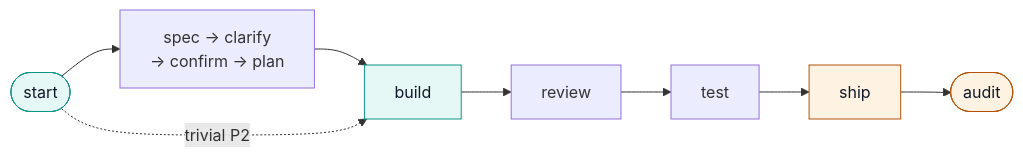
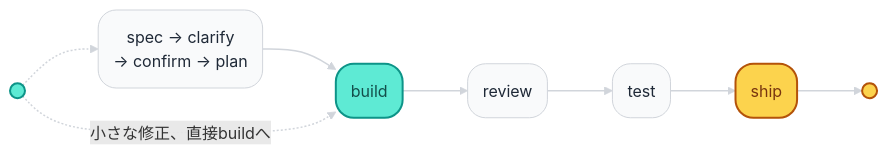
The diagram in README.ja.md (ninhlee99/dev-workflow), drawn with Mermaid before and after one commit. The commit also changed 2 other files, not shown here.

Commit message:
docs: soften README flow diagram styling, clarify trivial-branch label
Rounded pill nodes, curved links, wider spacing, and a teal/amber
palette instead of the flat default flowchart look. Renamed the
"trivial P2" branch label to "small fix, skip straight to build" (and
localized equivalents) so it reads without needing to know the P2
risk-tier shorthand.

Claude-Session: https://claude.ai/code/session_01WpMD6YmGymMifFkcK7ehBs

````diff
--- a/README.ja.md
+++ b/README.ja.md
@@ -49,10 +49,11 @@
 ```mermaid
+%%{init: {"flowchart": {"curve": "basis", "nodeSpacing": 45, "rankSpacing": 65}}}%%
 flowchart LR
-    start(["start"]) --> spec["spec → clarify\n→ confirm → plan"] --> build --> review --> test --> ship --> audit(["audit"])
-    start -.trivial P2.-> build
+    start((" ")):::fast -.-> spec("spec → clarify\n→ confirm → plan"):::default --> build("build"):::fast --> review("review"):::default --> test("test"):::default --> ship("ship"):::gate --> audit((" ")):::gate
+    start -. 小さな修正、直接buildへ .-> build
 
-    classDef fast fill:#e6f8f5,stroke:#0d9488,color:#0f172a;
-    classDef gate fill:#fef3e2,stroke:#b45309,color:#0f172a;
-    class start,build fast
-    class ship,audit gate
+    classDef default fill:#f9fafb,stroke:#d1d5db,stroke-width:1px,color:#1f2937,rx:18,ry:18;
+    classDef fast fill:#5eead4,stroke:#0d9488,stroke-width:2px,color:#134e4a;
+    classDef gate fill:#fcd34d,stroke:#b45309,stroke-width:2px,color:#78350f;
+    linkStyle default stroke:#d1d5db,stroke-width:1.5px
 ```
````
